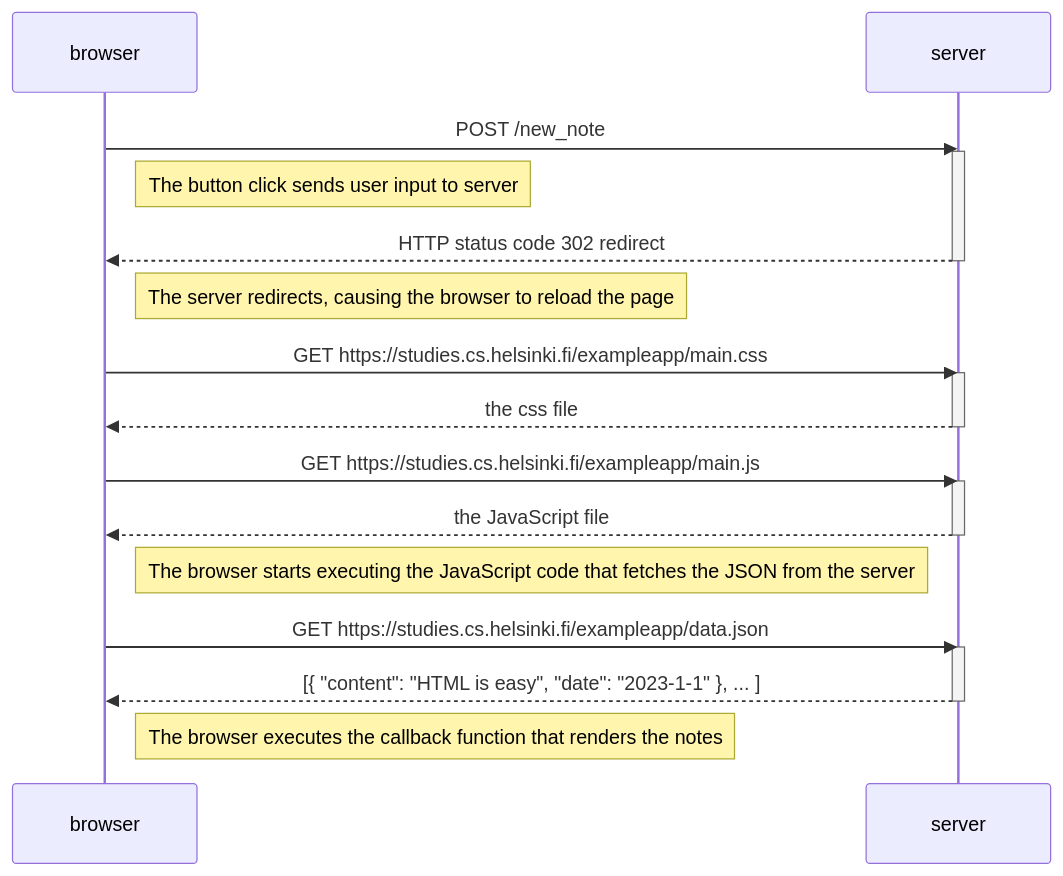
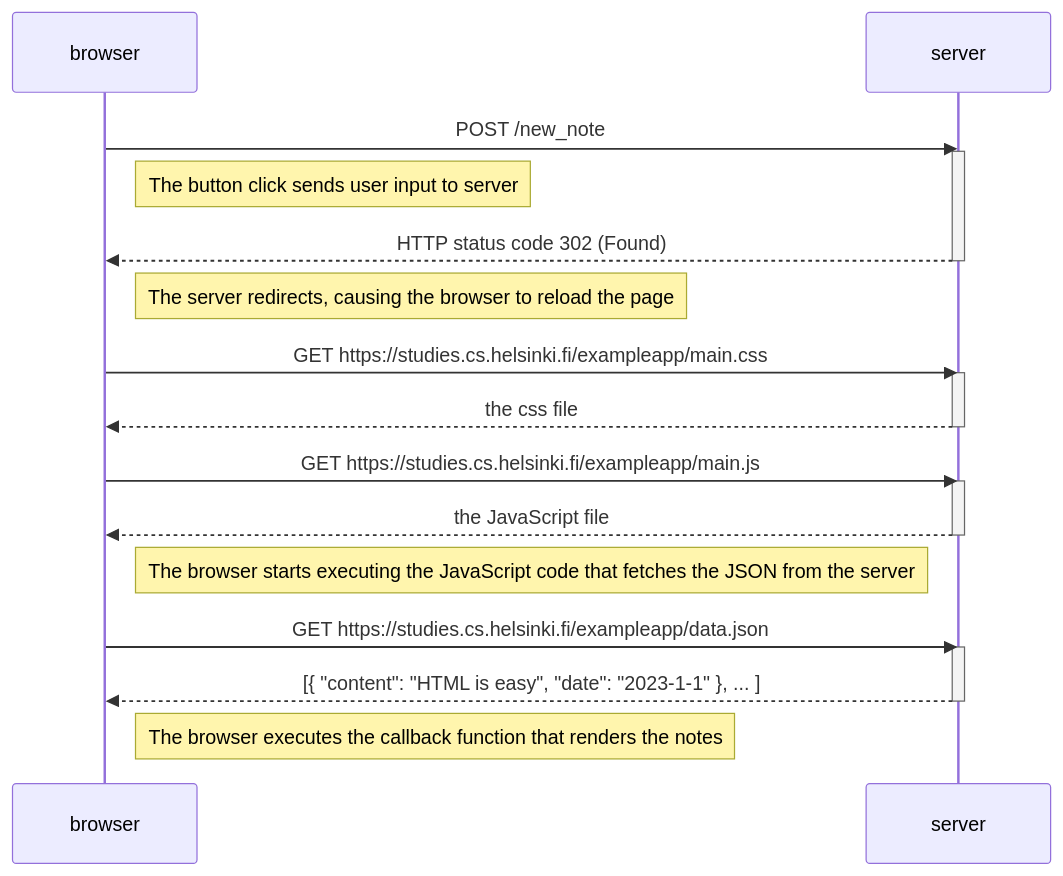
Before and after one commit to daniellandsman1/full-stack-open: the diagram in part0/exercise-0.4.md, drawn with Mermaid.

````diff
--- a/part0/exercise-0.4.md
+++ b/part0/exercise-0.4.md
@@ -4,34 +4,34 @@
 ```mermaid
 sequenceDiagram
     participant browser
     participant server
 
     browser->>server: POST /new_note
     activate server
 
     Note right of browser: The button click sends user input to server
 
-    server-->>browser: HTTP status code 302 redirect
+    server-->>browser: HTTP status code 302 (Found)
     deactivate server
 
     Note right of browser: The server redirects, causing the browser to reload the page
 
     browser->>server: GET https://studies.cs.helsinki.fi/exampleapp/main.css
     activate server
     server-->>browser: the css file
     deactivate server
 
     browser->>server: GET https://studies.cs.helsinki.fi/exampleapp/main.js
     activate server
     server-->>browser: the JavaScript file
     deactivate server
 
     Note right of browser: The browser starts executing the JavaScript code that fetches the JSON from the server
 
     browser->>server: GET https://studies.cs.helsinki.fi/exampleapp/data.json
     activate server
     server-->>browser: [{ "content": "HTML is easy", "date": "2023-1-1" }, ... ]
     deactivate server
 
     Note right of browser: The browser executes the callback function that renders the notes
 ```
````
